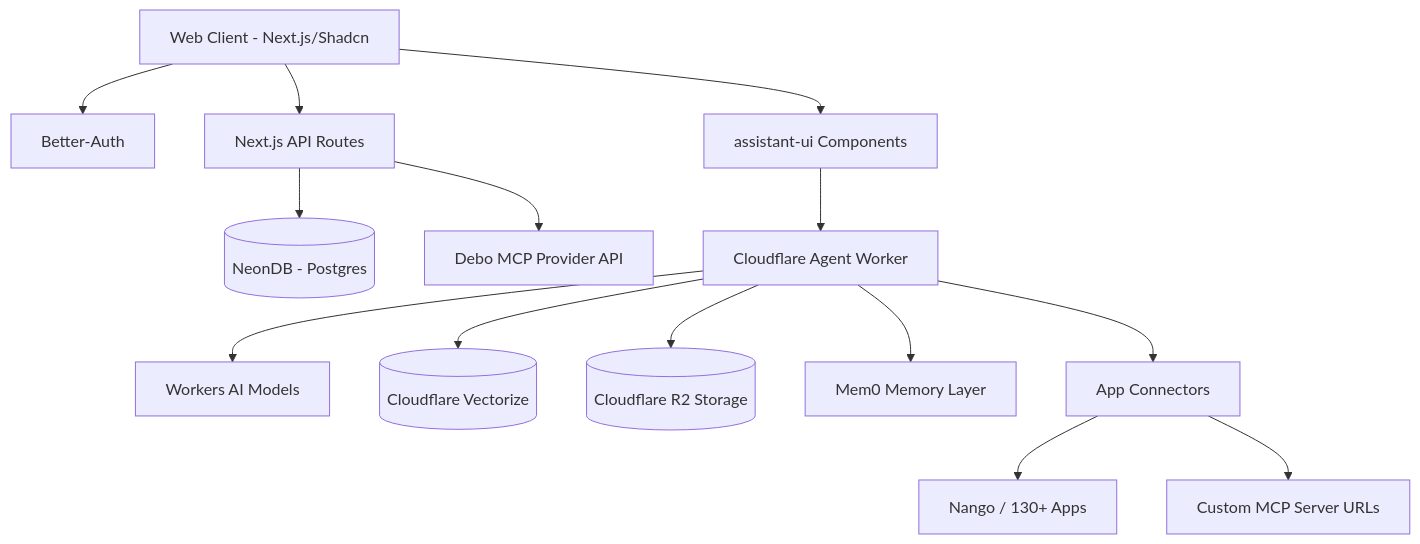
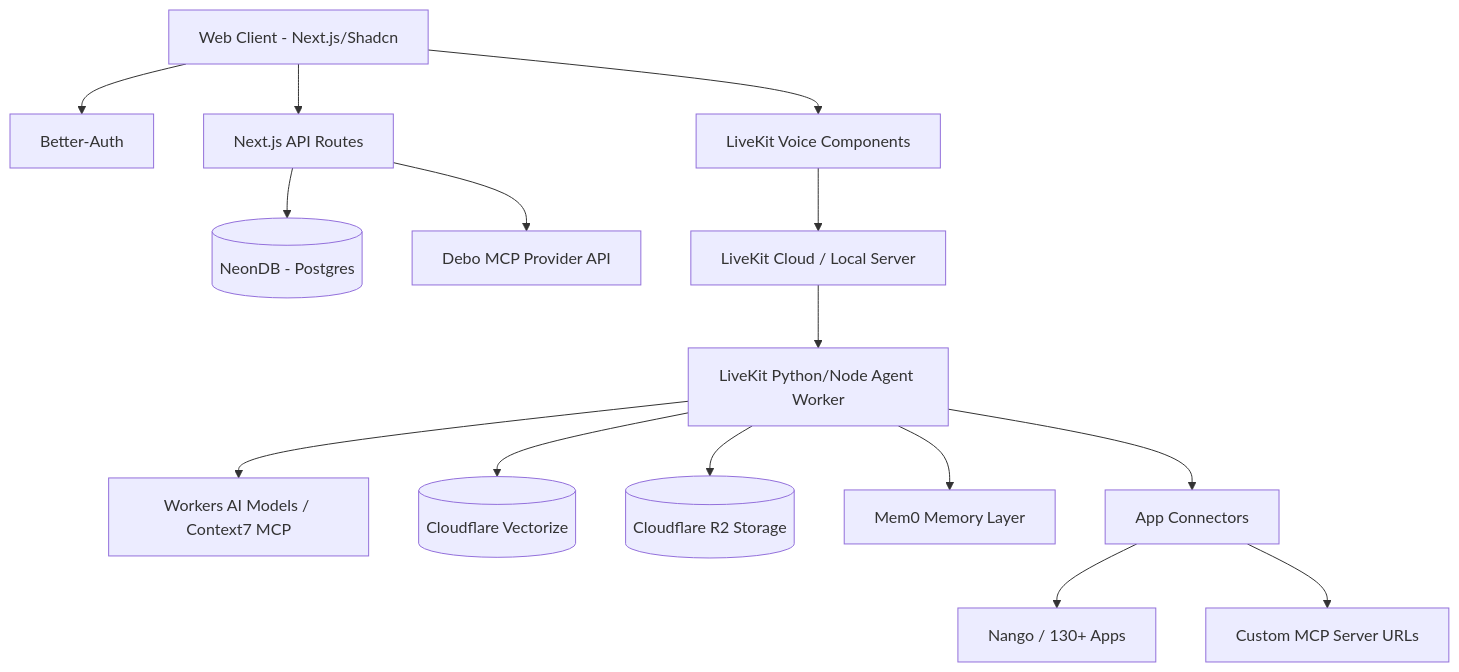
Before and after one commit to SH20RAJ/debo: the diagram in docs/ARCHITECTURE.md, drawn with Mermaid. The commit also changed other lines of this file and 16 other files, not shown here.

Commit message:
refactor: remove legacy chat companion components and API routes in favor of new MCP page implementation

````diff
--- a/docs/ARCHITECTURE.md
+++ b/docs/ARCHITECTURE.md
@@ -6,20 +6,21 @@
 ```mermaid
 graph TD
     Client[Web Client - Next.js/Shadcn] --> NextAuth[Better-Auth]
     Client --> NextAPI[Next.js API Routes]
-    Client --> ChatUI[assistant-ui Components]
+    Client --> LiveKitClient[LiveKit Voice Components]
     
     NextAPI --> NeonDB[(NeonDB - Postgres)]
     
-    ChatUI --> CFWorker[Cloudflare Agent Worker]
-    CFWorker --> CFWorkersAI[Workers AI Models]
-    CFWorker --> Vectorize[(Cloudflare Vectorize)]
-    CFWorker --> R2[(Cloudflare R2 Storage)]
-    CFWorker --> Mem0[Mem0 Memory Layer]
+    LiveKitClient --> LiveKitServer[LiveKit Cloud / Local Server]
+    LiveKitServer --> AgentProcess[LiveKit Python/Node Agent Worker]
+    AgentProcess --> CFWorkersAI[Workers AI Models / Context7 MCP]
+    AgentProcess --> Vectorize[(Cloudflare Vectorize)]
+    AgentProcess --> R2[(Cloudflare R2 Storage)]
+    AgentProcess --> Mem0[Mem0 Memory Layer]
     
-    CFWorker --> ConnectorAPI[App Connectors]
+    AgentProcess --> ConnectorAPI[App Connectors]
     ConnectorAPI --> NativeOAuth[Nango / 130+ Apps]
     ConnectorAPI --> CustomMCP[Custom MCP Server URLs]
     
     NextAPI --> DeboMCP[Debo MCP Provider API]
 ```
````
